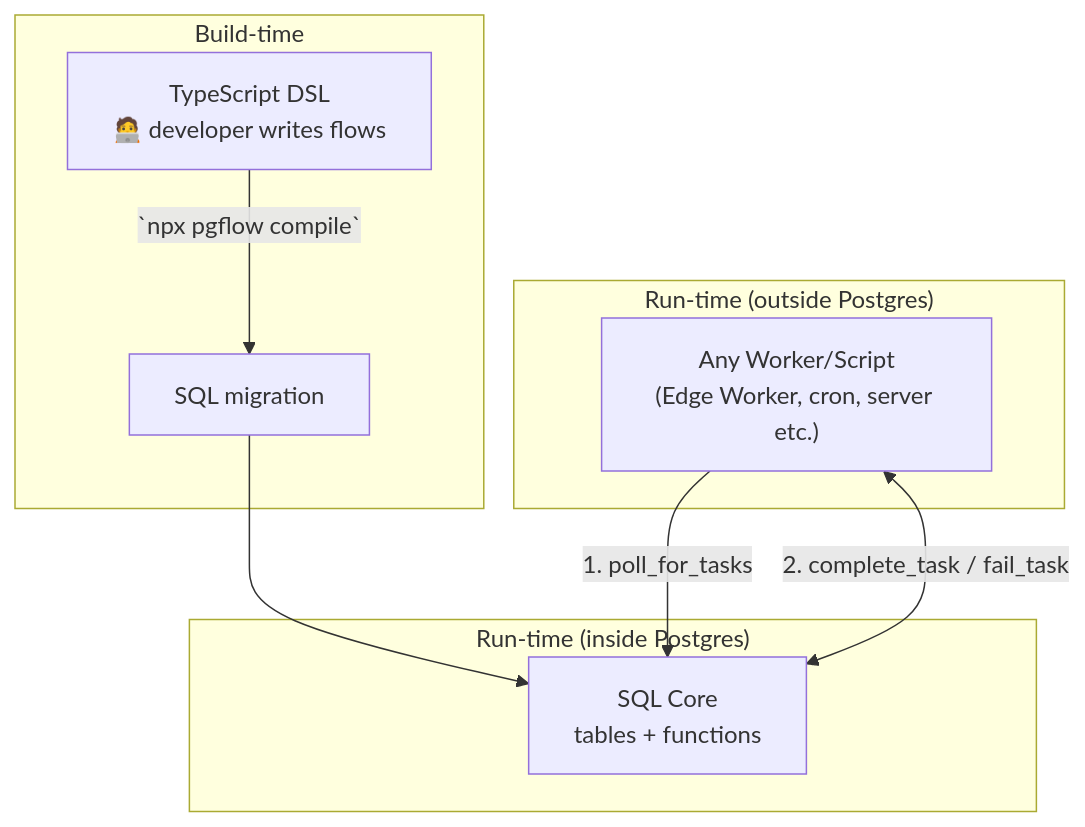
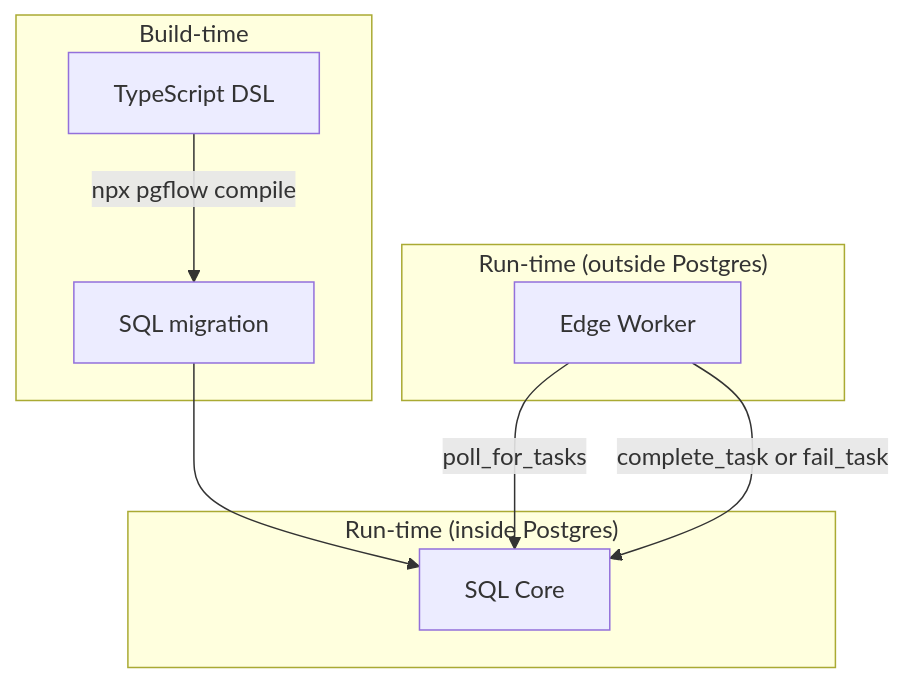
One commit to pgflow-dev/pgflow changed the diagram in pkgs/website/src/assets/architecture-diagrams/three-layers.mermaid. Above: the diagram before and after it, drawn with Mermaid. The commit also changed 1 other file, not shown here.

Commit message:
chore: update SVG diagrams for consistency and clarity
Refactored two SVG files by replacing the previous diagrams with updated versions.
- Improved visual consistency and layout of the flowchart diagrams
- Ensured proper formatting and structure of SVG code
- Removed redundant or outdated SVG content to enhance clarity

```diff
--- a/pkgs/website/src/assets/architecture-diagrams/three-layers.mermaid
+++ b/pkgs/website/src/assets/architecture-diagrams/three-layers.mermaid
@@ -1,14 +1,14 @@
 graph TD
     subgraph "Build-time"
-      DSL[TypeScript DSL<br/>🧑‍💻 developer writes flows]
-      DSL -->|`npx pgflow compile`| SQL[SQL migration]
+      DSL[TypeScript DSL]
+      DSL -->|npx pgflow compile| SQL[SQL migration]
     end
     subgraph "Run-time (inside Postgres)"
-      CORE["SQL Core<br/>tables + functions"]
+      CORE["SQL Core"]
     end
     subgraph "Run-time (outside Postgres)"
-      WORKER["Any Worker/Script<br/>(Edge Worker, cron, server etc.)"]
+      WORKER["Edge Worker"]
     end
     SQL --> CORE
-    WORKER -->|1. poll_for_tasks| CORE
-    WORKER <-->|2. complete_task / fail_task| CORE
+    WORKER -->|poll_for_tasks| CORE
+    WORKER -->|complete_task or fail_task| CORE
```
